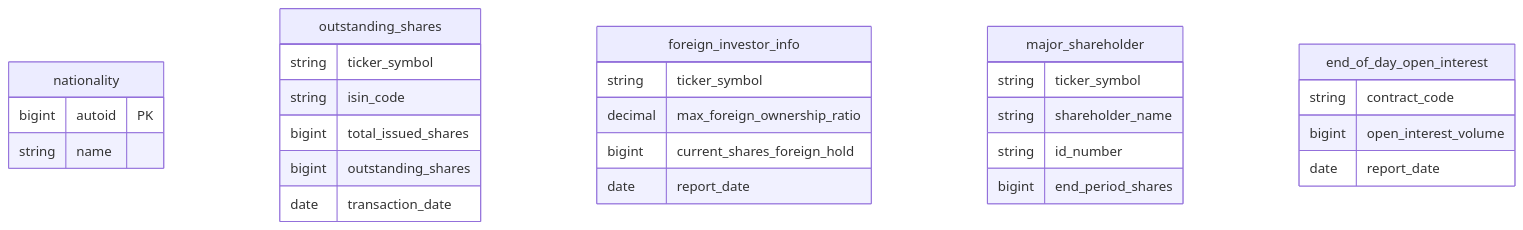
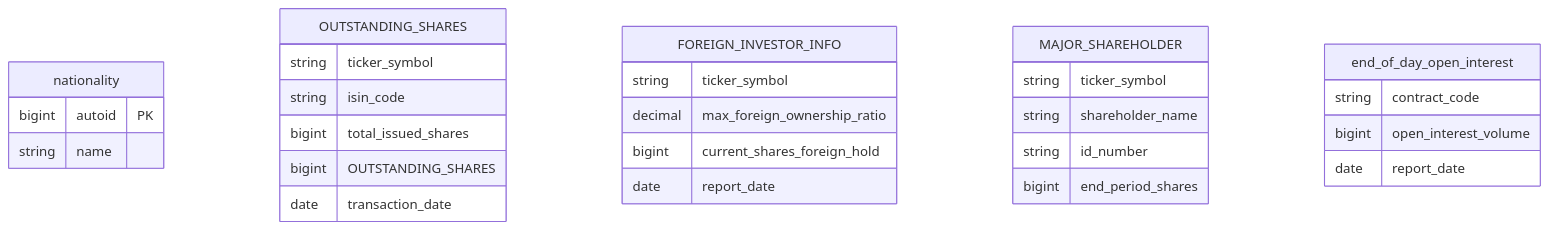
One commit to linhlvit/ubck_atomic_design changed the first of 2 diagrams in DataModel/working/Atomic/hld/VSDC_HLD_Tier1.md. Above: the diagram before and after it, drawn with Mermaid. The commit also changed other lines of this file and 66 other files, not shown here.

````diff
--- a/DataModel/working/Atomic/hld/VSDC_HLD_Tier1.md
+++ b/DataModel/working/Atomic/hld/VSDC_HLD_Tier1.md
@@ -22,31 +22,31 @@
 ```mermaid
 erDiagram
     nationality {
         bigint autoid PK
         string name
     }
-    outstanding_shares {
+    OUTSTANDING_SHARES {
         string ticker_symbol
         string isin_code
         bigint total_issued_shares
-        bigint outstanding_shares
+        bigint OUTSTANDING_SHARES
         date transaction_date
     }
-    foreign_investor_info {
+    FOREIGN_INVESTOR_INFO {
         string ticker_symbol
         decimal max_foreign_ownership_ratio
         bigint current_shares_foreign_hold
         date report_date
     }
-    major_shareholder {
+    MAJOR_SHAREHOLDER {
         string ticker_symbol
         string shareholder_name
         string id_number
         bigint end_period_shares
     }
     end_of_day_open_interest {
         string contract_code
         bigint open_interest_volume
         date report_date
     }
 ```
````
